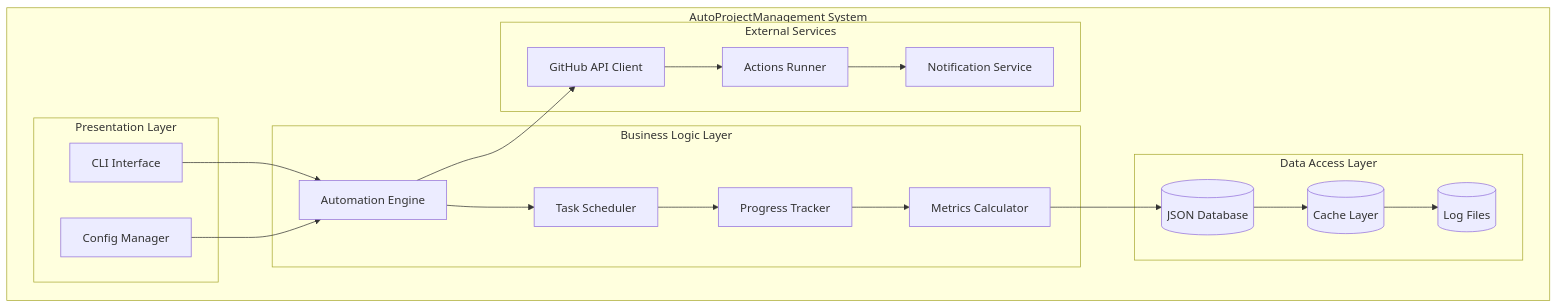
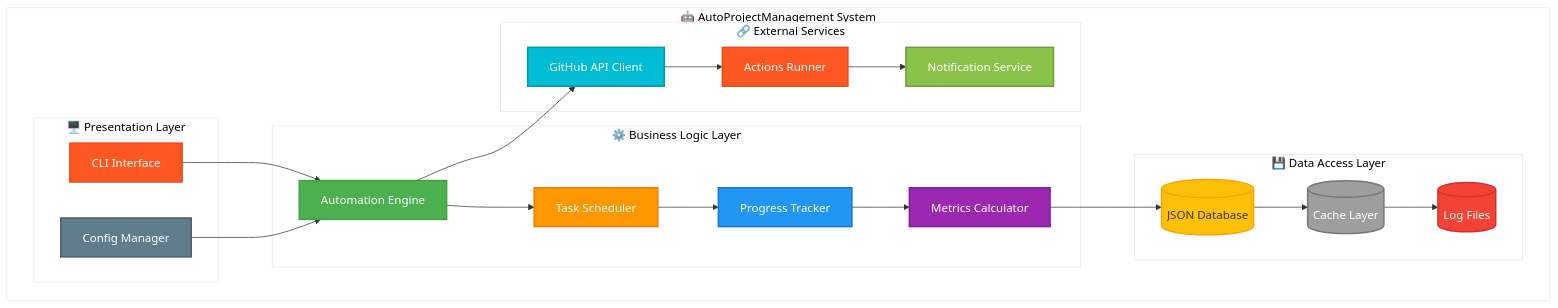
Before and after one commit to Shakour-Data/AutoProjectManagement: diagram 13 of 13 in README.md, drawn with Mermaid. The commit also changed other lines of this file, not shown here.

Commit message:
`Added detailed system architecture diagrams and UML diagrams to the README file.`

````diff
--- a/README.md
+++ b/README.md
@@ -370,40 +504,54 @@
 ```mermaid
+%%{init: {'theme':'base', 'themeVariables': { 'primaryColor': '#FF5722', 'primaryTextColor': '#fff', 'primaryBorderColor': '#E64A19', 'lineColor': '#333', 'secondaryColor': '#4CAF50', 'tertiaryColor': '#fff'}}}%%
 graph TB
-    subgraph "AutoProjectManagement System"
-        subgraph "Presentation Layer"
+    subgraph "🤖 AutoProjectManagement System"
+        subgraph "🖥️ Presentation Layer"
             CLI[CLI Interface]
             Config[Config Manager]
         end
         
-        subgraph "Business Logic Layer"
+        subgraph "⚙️ Business Logic Layer"
             Engine[Automation Engine]
             Scheduler[Task Scheduler]
             Tracker[Progress Tracker]
             Calculator[Metrics Calculator]
         end
         
-        subgraph "Data Access Layer"
+        subgraph "💾 Data Access Layer"
             JSONDB[(JSON Database)]
             Cache[(Cache Layer)]
             Logger[(Log Files)]
         end
         
-        subgraph "External Services"
+        subgraph "🔗 External Services"
             GitHubAPI[GitHub API Client]
             Actions[Actions Runner]
             Notifications[Notification Service]
         end
     end
     
     CLI --> Engine
     Config --> Engine
     Engine --> Scheduler
     Scheduler --> Tracker
     Tracker --> Calculator
     Calculator --> JSONDB
     JSONDB --> Cache
     Cache --> Logger
     Engine --> GitHubAPI
     GitHubAPI --> Actions
     Actions --> Notifications
+    
+    style CLI fill:#FF5722,stroke:#E64A19,stroke-width:2px,color:#fff
+    style Config fill:#607D8B,stroke:#455A64,stroke-width:2px,color:#fff
+    style Engine fill:#4CAF50,stroke:#45a049,stroke-width:2px,color:#fff
+    style Scheduler fill:#FF9800,stroke:#F57C00,stroke-width:2px,color:#fff
+    style Tracker fill:#2196F3,stroke:#1976D2,stroke-width:2px,color:#fff
+    style Calculator fill:#9C27B0,stroke:#7B1FA2,stroke-width:2px,color:#fff
+    style JSONDB fill:#FFC107,stroke:#FFA000,stroke-width:2px,color:#333
+    style Cache fill:#9E9E9E,stroke:#757575,stroke-width:2px,color:#fff
+    style Logger fill:#F44336,stroke:#D32F2F,stroke-width:2px,color:#fff
+    style GitHubAPI fill:#00BCD4,stroke:#0097A7,stroke-width:2px,color:#fff
+    style Actions fill:#FF5722,stroke:#E64A19,stroke-width:2px,color:#fff
+    style Notifications fill:#8BC34A,stroke:#689F38,stroke-width:2px,color:#fff
 ```
````
